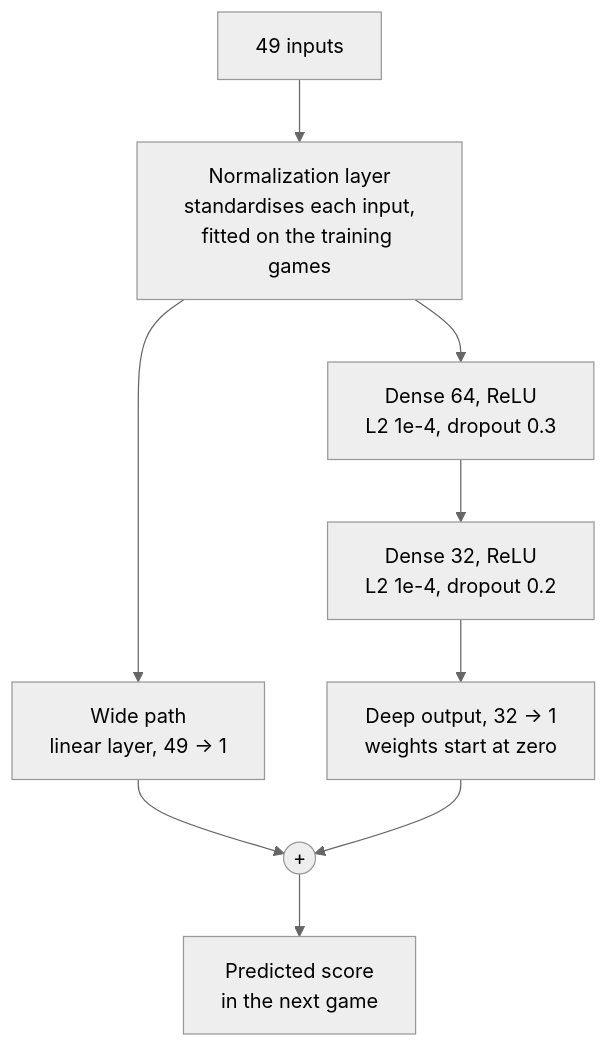
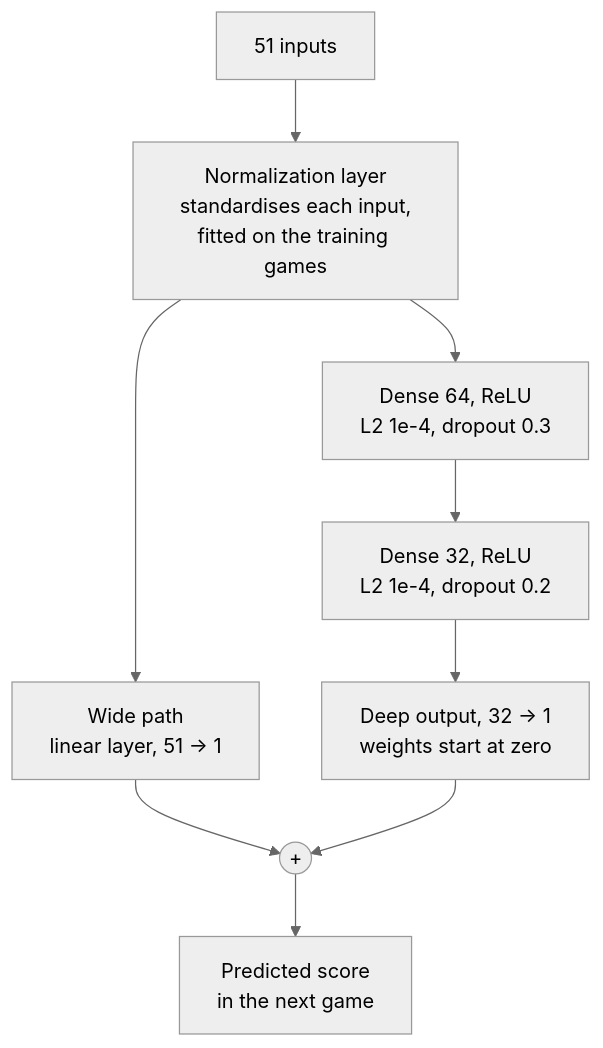
One commit to M-Attwood/NRL-Super-Team-Stats changed the second of 2 diagrams in README.md. Above: the diagram before and after it, drawn with Mermaid (neutral theme). The commit also changed other lines of this file and 38 other files, not shown here.

````diff
--- a/README.md
+++ b/README.md
@@ -81,11 +86,11 @@
 ```mermaid
 flowchart TB
-    X["49 inputs"] --> N["Normalization layer<br/>standardises each input,<br/>fitted on the training games"]
-    N --> W["Wide path<br/>linear layer, 49 → 1"]
+    X["51 inputs"] --> N["Normalization layer<br/>standardises each input,<br/>fitted on the training games"]
+    N --> W["Wide path<br/>linear layer, 51 → 1"]
     N --> H1["Dense 64, ReLU<br/>L2 1e-4, dropout 0.3"]
     H1 --> H2["Dense 32, ReLU<br/>L2 1e-4, dropout 0.2"]
     H2 --> D["Deep output, 32 → 1<br/>weights start at zero"]
     W --> S(("+"))
     D --> S
     S --> Y["Predicted score<br/>in the next game"]
 ```
````
